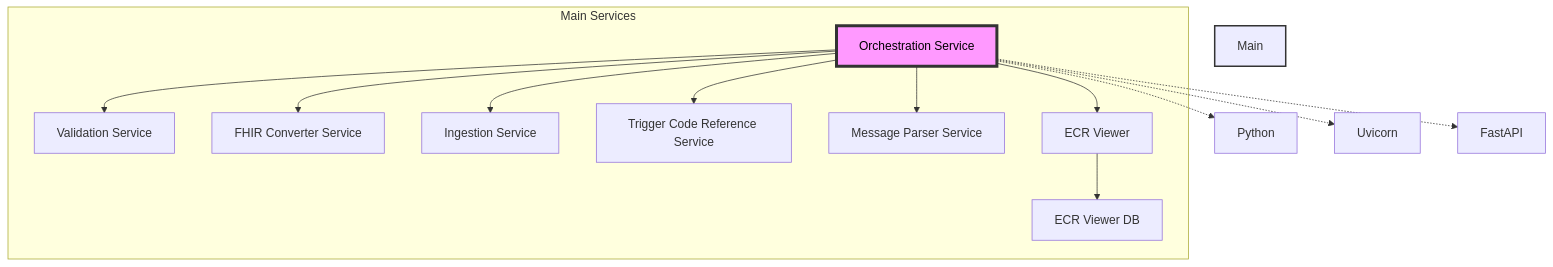
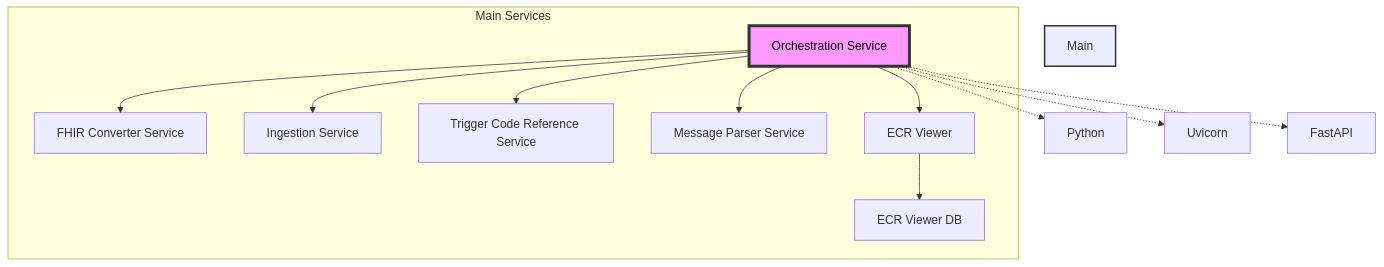
Before and after one commit to CDCgov/dibbs-ecr-viewer: the first of 2 diagrams in containers/orchestration/README.md, drawn with Mermaid. The commit also changed 74 other files, not shown here.

Commit message:
refactor: Remove validation service and references (#877)

````diff
--- a/containers/orchestration/README.md
+++ b/containers/orchestration/README.md
@@ -110,24 +110,23 @@
 ```mermaid
 graph TD
     subgraph Main Services
         A[Orchestration Service]
-        A --> B[Validation Service]
-        A --> C[FHIR Converter Service]
-        A --> D[Ingestion Service]
-        A --> E[Trigger Code Reference Service]
-        A --> F[Message Parser Service]
-        A --> G[ECR Viewer]
-        G --> H[ECR Viewer DB]
+        A --> B[FHIR Converter Service]
+        A --> C[Ingestion Service]
+        A --> D[Trigger Code Reference Service]
+        A --> E[Message Parser Service]
+        A --> F[ECR Viewer]
+        F --> G[ECR Viewer DB]
     end
 
     M[Python]
     N[Uvicorn]
     O[FastAPI]
 
     A -.-> M
     A -.-> N
     A -.-> O
 
     style A fill:#f9f,stroke:#333,stroke-width:4px,color:#000
     style Main Services fill:#bbf,stroke:#333,stroke-width:2px
 ```
````
